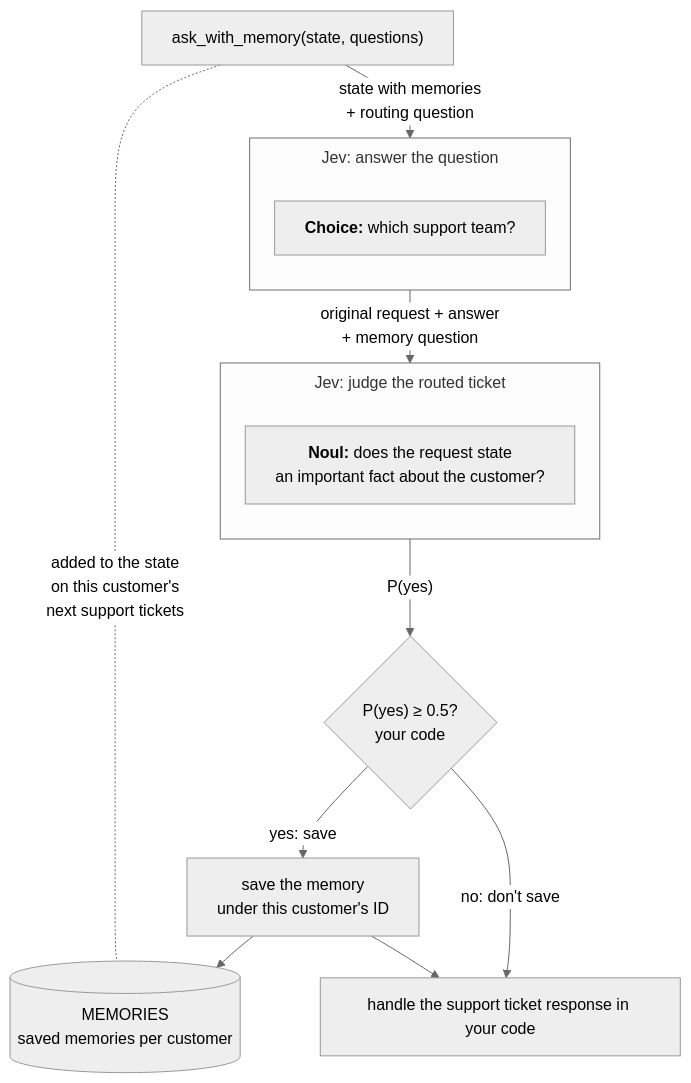
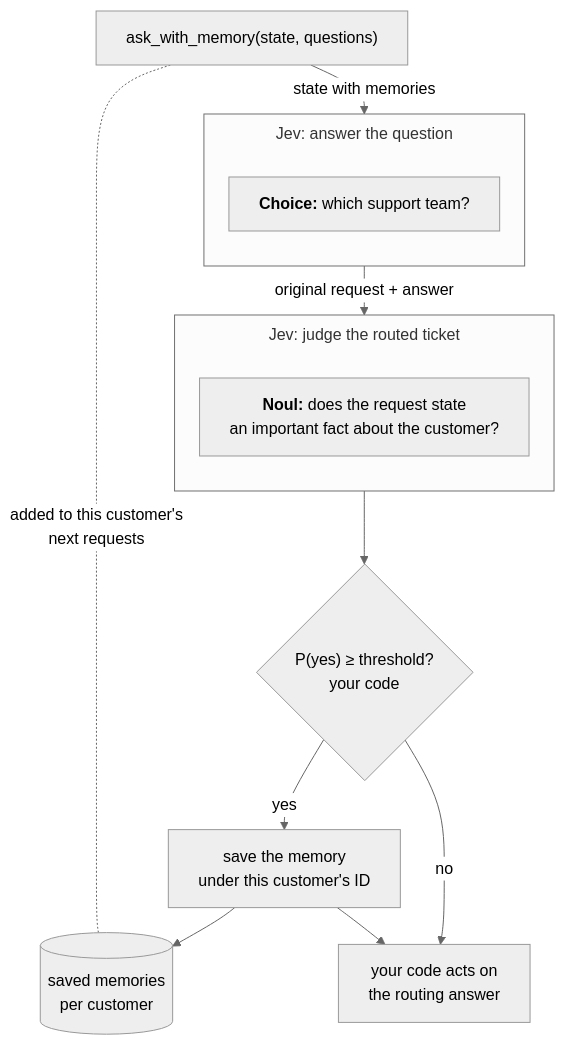
The diagram in docs/cookbooks/basic_memory.md (IamKrill1n/typesafe-docs), drawn with Mermaid (neutral theme) before and after one commit. The commit also changed other lines of this file and 14 other files, not shown here.

````diff
--- a/docs/cookbooks/basic_memory.md
+++ b/docs/cookbooks/basic_memory.md
@@ -31,23 +32,23 @@
 ```mermaid actions={true}
   %%{init: {"fontFamily": "Inter, sans-serif", "flowchart": {"rankSpacing": 25, "wrappingWidth": 300, "subGraphTitleMargin": {"top": 8, "bottom": 20}}}}%%
 flowchart TB
     IN["ask_with_memory(state, questions)"]
     subgraph R["Jev: answer the question"]
         Q1["<b>Choice:</b> which support team?"]
     end
     subgraph G["Jev: judge the routed ticket"]
         Q2["<b>Noul:</b> does the request state<br/>an important fact about the customer?"]
     end
-    DEC{"P(yes) ≥ 0.5?<br/>your code"}
+    DEC{"P(yes) ≥ threshold?<br/>your code"}
     SAVE["save the memory<br/>under this customer's ID"]
-    OUT["handle the support ticket response in your code"]
-    MEM[("MEMORIES<br/>saved memories per customer")]
-    IN -- "state with memories<br/>+ routing question" --> R
-    R -- "original request + answer<br/>+ memory question" --> G
-    G -- "P(yes)" --> DEC
-    DEC -- "yes: save" --> SAVE
-    DEC -- "no: don't save" --> OUT
+    OUT["your code acts on<br/>the routing answer"]
+    MEM[("saved memories<br/>per customer")]
+    IN -- "state with memories" --> R
+    R -- "original request + answer" --> G
+    G --> DEC
+    DEC -- "yes" --> SAVE
+    DEC -- "no" --> OUT
     SAVE --> OUT
     SAVE --> MEM
-    IN -. "added to the state<br/>on this customer's<br/>next support tickets" .- MEM
+    IN -. "added to this customer's<br/>next requests" .- MEM
 ```
````
